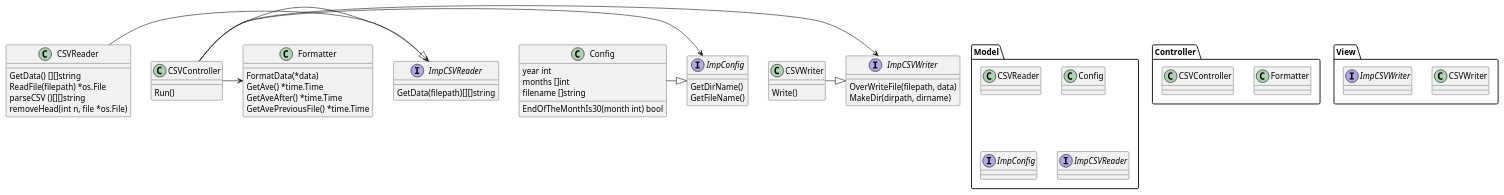
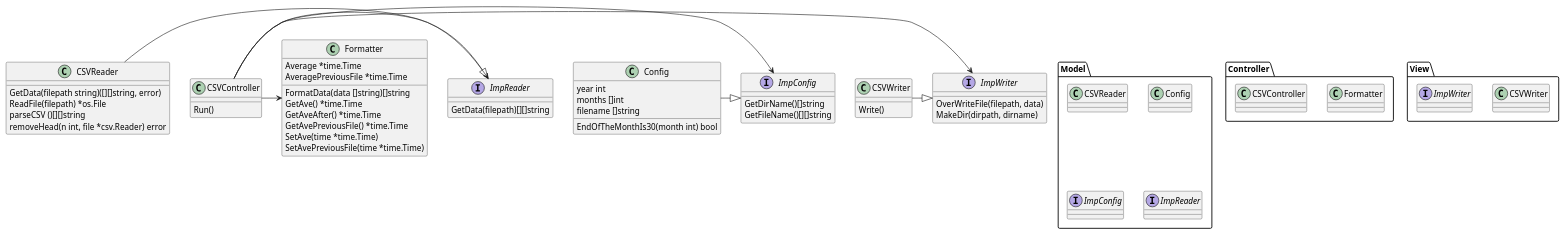
One commit to Issei0804-ie/lab11 changed the diagram in classDiagram.puml. Above: the diagram before and after it, drawn with PlantUML. The commit also changed 12 other files, not shown here.

```diff
--- a/classDiagram.puml
+++ b/classDiagram.puml
@@ -1,76 +1,80 @@
 @startuml
 
 package "Controller"{
     class Formatter
     class CSVController
 }
 
 package "Model"{
     class CSVReader
     class Config
     interface ImpConfig
-    interface ImpCSVReader
+    interface ImpReader
 
 }
 
 package View{
     class CSVWriter
-    interface ImpCSVWriter
+    interface ImpWriter
 }
 
 class Config{
     year int
     months []int
     filename []string
     EndOfTheMonthIs30(month int) bool
 }
 
 interface ImpConfig{
-    GetDirName()
-    GetFileName()
+    GetDirName()[]string
+    GetFileName()[][]string
 }
 
 class CSVReader{
-    GetData() [][]string
+    GetData(filepath string)([][]string, error)
     ReadFile(filepath) *os.File
     parseCSV ()[][]string
-    removeHead(int n, file *os.File)
+    removeHead(n int, file *csv.Reader) error
 }
 
-interface ImpCSVReader{
+interface ImpReader{
     GetData(filepath)[][]string
 
 }
 
 class CSVController{
     Run()
 }
 
 class Formatter{
-    FormatData(*data)
+    Average *time.Time
+    AveragePreviousFile *time.Time
+    FormatData(data []string)[]string
     GetAve() *time.Time
     GetAveAfter() *time.Time
     GetAvePreviousFile() *time.Time
+    SetAve(time *time.Time)
+    SetAvePreviousFile(time *time.Time)
 }
 
 class CSVWriter{
     Write()
 }
 
-interface ImpCSVWriter{
+interface ImpWriter{
     OverWriteFile(filepath, data)
     MakeDir(dirpath, dirname)
 
 }
 
-CSVReader -|> ImpCSVReader
+CSVReader -|> ImpReader
 Config -|> ImpConfig
 
 CSVController -> ImpConfig
-CSVController -> ImpCSVReader
+CSVController -> ImpReader
 CSVController -> Formatter
-CSVController -> ImpCSVWriter
+CSVController -> ImpWriter
 
-CSVWriter -|> ImpCSVWriter
+CSVWriter -|> ImpWriter
 
 @enduml
```
